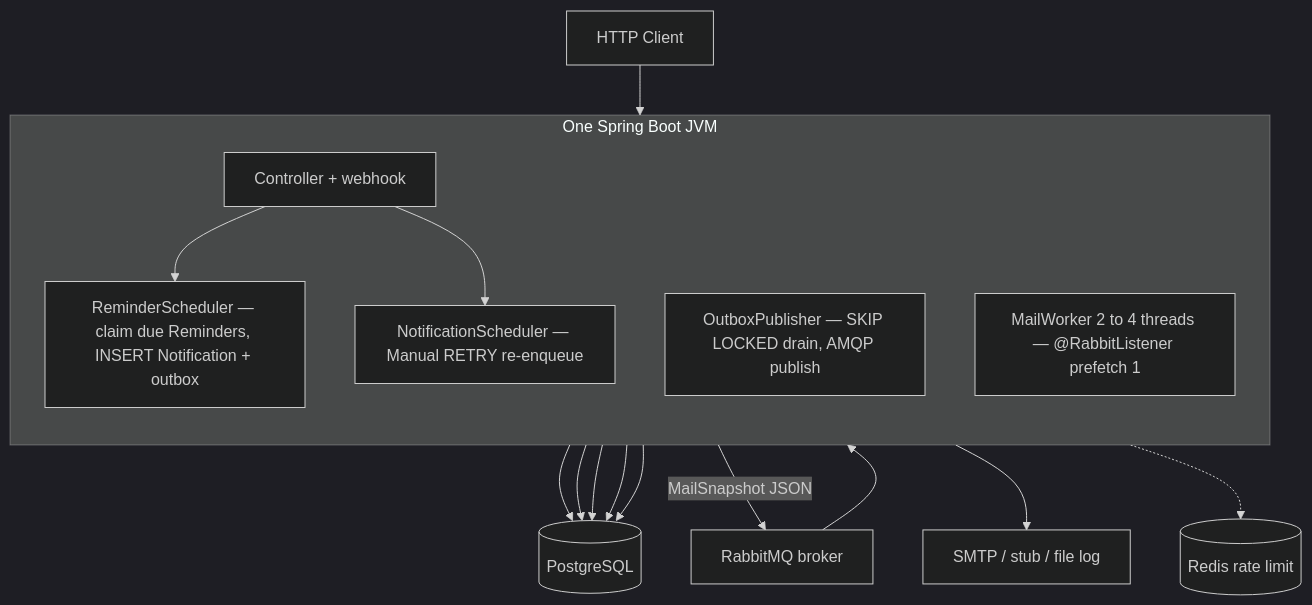
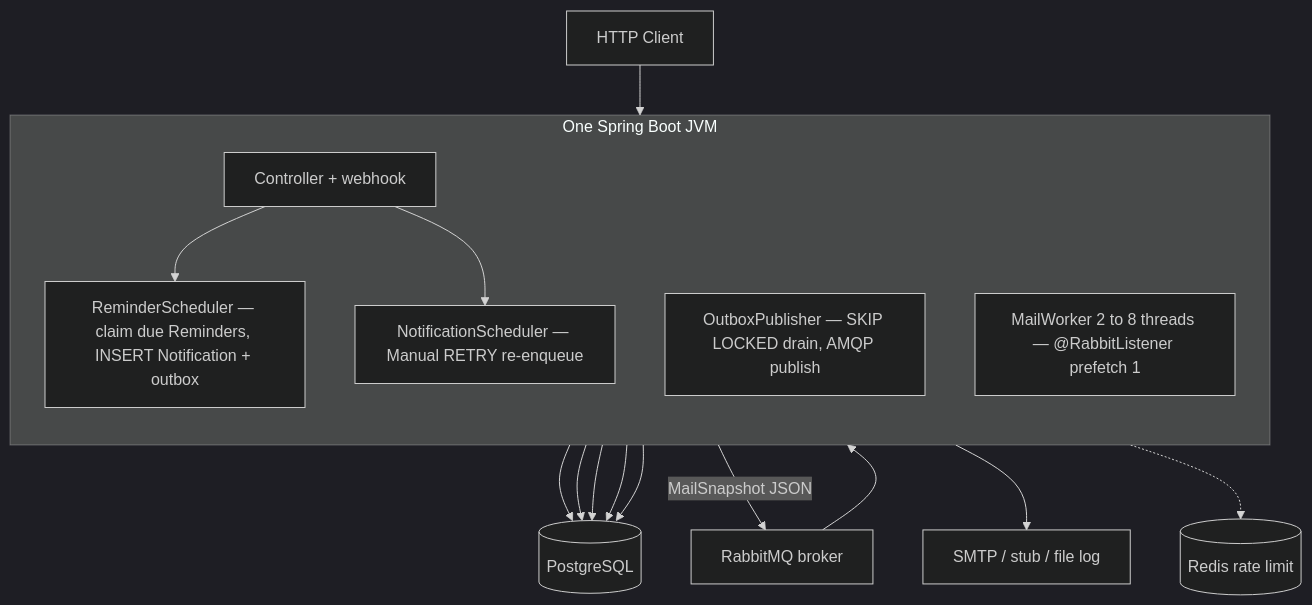
Before and after one commit to GreatNerve/Dealership-Backend: the first of 5 diagrams in docs/architecture.md, drawn with Mermaid (dark theme). The commit also changed other lines of this file and 11 other files, not shown here.

````diff
--- a/docs/architecture.md
+++ b/docs/architecture.md
@@ -11,31 +11,31 @@
 ```mermaid
 flowchart TB
   Client["HTTP Client"]
 
   subgraph jvm [One Spring Boot JVM]
     direction TB
     HTTP["Controller + webhook"]
     ReminderPoller["ReminderScheduler — claim due Reminders, INSERT Notification + outbox"]
     ManualPoller["NotificationScheduler — Manual RETRY re-enqueue"]
     Publisher["OutboxPublisher — SKIP LOCKED drain, AMQP publish"]
-    Mail["MailWorker 2 to 4 threads — @RabbitListener prefetch 1"]
+    Mail["MailWorker 2 to 8 threads — @RabbitListener prefetch 1"]
     HTTP --> ReminderPoller
     HTTP --> ManualPoller
   end
 
   PG[(PostgreSQL)]
   RMQ[RabbitMQ broker]
   Redis[(Redis rate limit)]
   SMTP[SMTP / stub / file log]
 
   Client --> HTTP
   HTTP --> PG
   ReminderPoller --> PG
   ManualPoller --> PG
   Publisher --> PG
   Publisher -->|MailSnapshot JSON| RMQ
   RMQ --> Mail
   Mail --> SMTP
   Mail --> PG
   HTTP -.-> Redis
 ```
````
